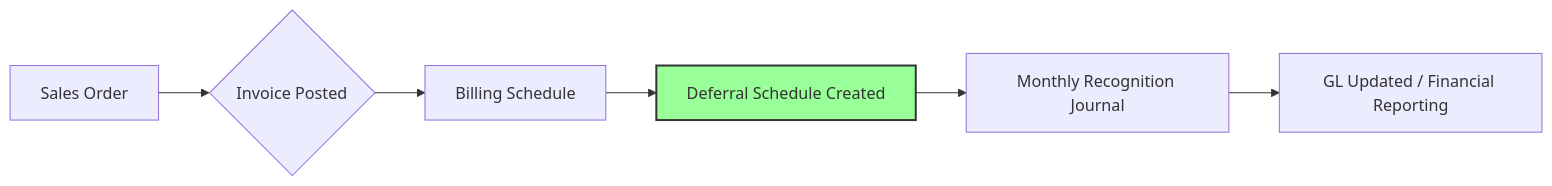
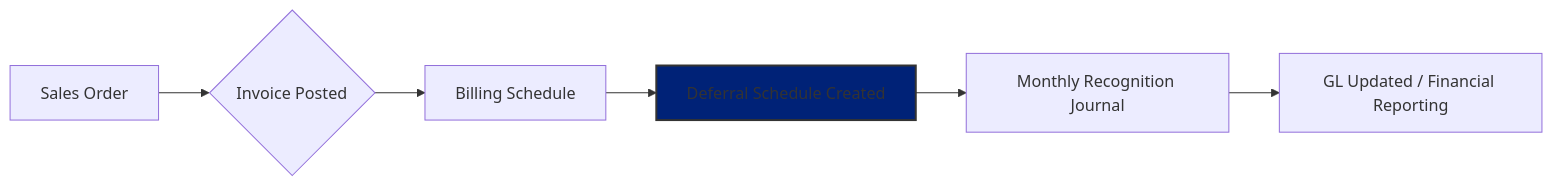
Before and after one commit to nrechiverri/nrechiverri.github.io: the diagram in README.md, drawn with Mermaid.

Commit message:
Change deferral schedule style color in README
Updated the style of the deferral schedule in the diagram.

````diff
--- a/README.md
+++ b/README.md
@@ -36,10 +36,10 @@
 ```mermaid
 graph LR
     A[Sales Order] --> B{Invoice Posted}
     B --> C[Billing Schedule]
     C --> D[Deferral Schedule Created]
     D --> E[Monthly Recognition Journal]
     E --> F[GL Updated / Financial Reporting]
     
-    style D fill:#99ff99,stroke:#333,stroke-width:2px
+    style D fill:#002277,stroke:#333,stroke-width:2px
 ``` 
````
